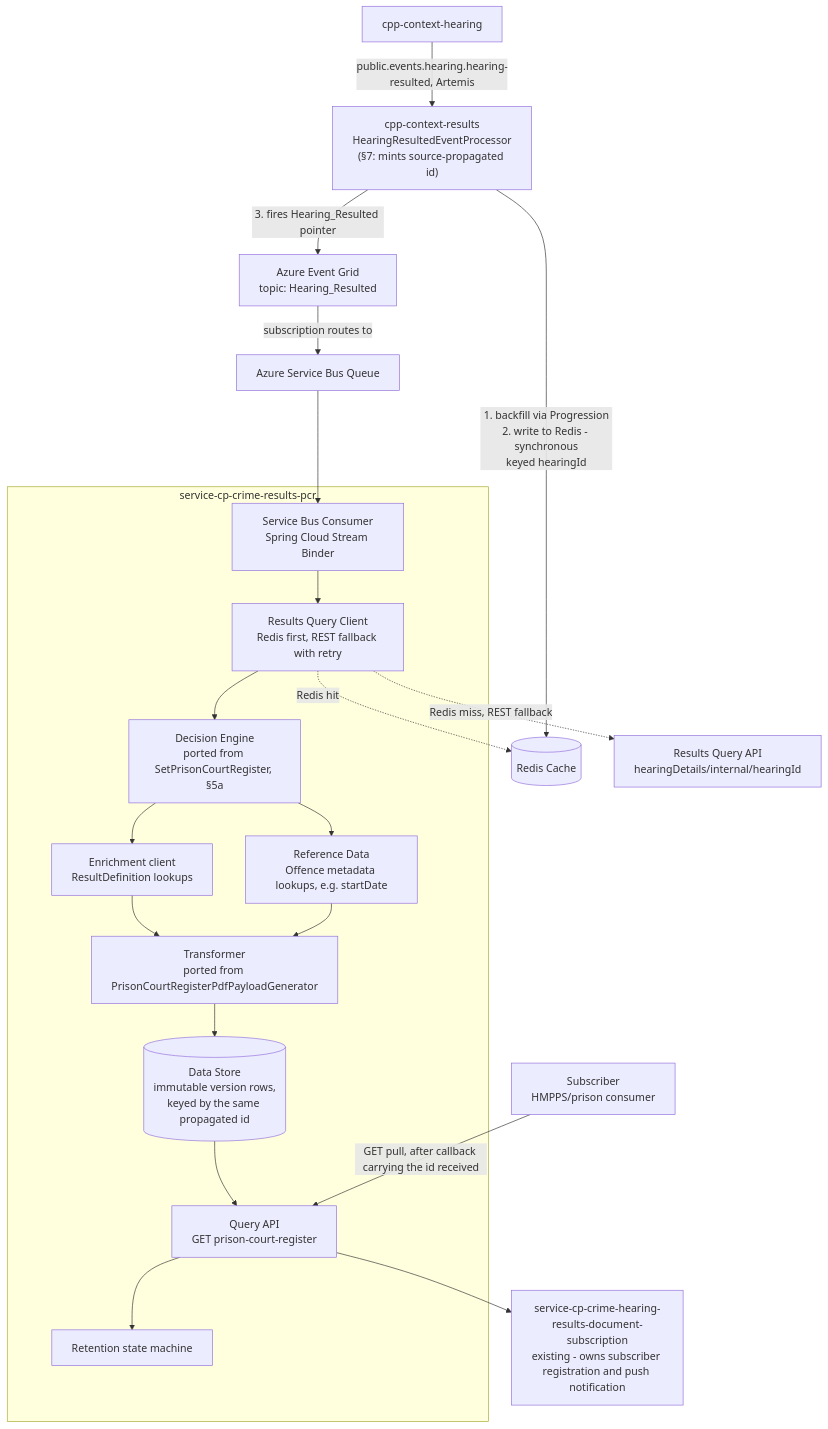
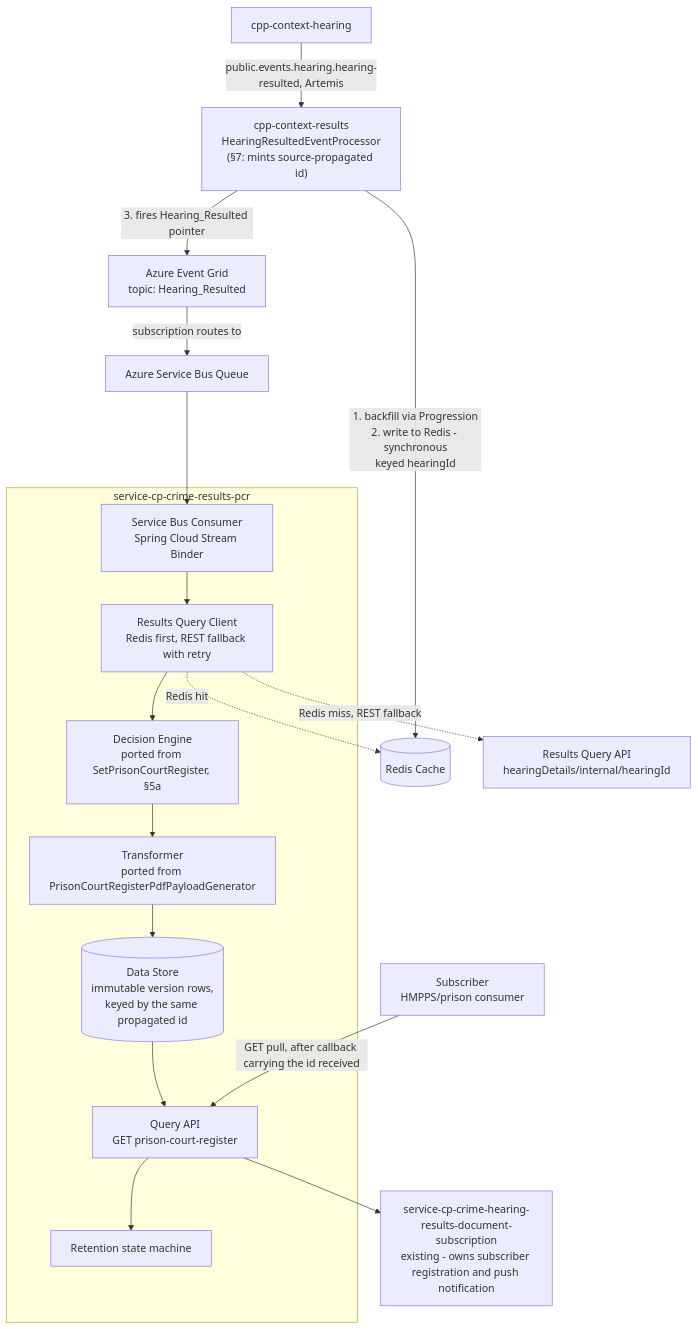
Before and after one commit to hmcts/service-cp-crime-results-pcr: the first of 3 diagrams in docs/2026-07-16-pcr-api-marketplace-design-v2.md, drawn with Mermaid. The commit also changed other lines of this file and 7 other files, not shown here.

````diff
--- a/docs/2026-07-16-pcr-api-marketplace-design-v2.md
+++ b/docs/2026-07-16-pcr-api-marketplace-design-v2.md
@@ -31,27 +31,24 @@
 ```mermaid
 flowchart TB
     Hearing["cpp-context-hearing"] -->|"public.events.hearing.hearing-resulted, Artemis"| Results["cpp-context-results<br/>HearingResultedEventProcessor<br/>(§7: mints source-propagated id)"]
     Results -->|"1. backfill via Progression<br/>2. write to Redis - synchronous<br/>keyed hearingId"| Redis[("Redis Cache")]
     Results -->|"3. fires Hearing_Resulted pointer"| Grid["Azure Event Grid<br/>topic: Hearing_Resulted"]
     Grid -->|"subscription routes to"| Bus["Azure Service Bus Queue"]
     Bus --> Consumer
 
     subgraph PCR["service-cp-crime-results-pcr"]
         Consumer["Service Bus Consumer<br/>Spring Cloud Stream Binder"] --> Query["Results Query Client<br/>Redis first, REST fallback with retry"]
         Query --> Decision["Decision Engine<br/>ported from SetPrisonCourtRegister, §5a"]
-        Decision --> Enrich["Enrichment client<br/>ResultDefinition lookups"]
-        Decision --> OffenceMeta["Reference Data<br/>Offence metadata lookups, e.g. startDate"]
-        Enrich --> Transform["Transformer<br/>ported from PrisonCourtRegisterPdfPayloadGenerator"]
-        OffenceMeta --> Transform
+        Decision --> Transform["Transformer<br/>ported from PrisonCourtRegisterPdfPayloadGenerator"]
         Transform --> Store[("Data Store<br/>immutable version rows,<br/>keyed by the same propagated id")]
         Store --> API["Query API<br/>GET prison-court-register"]
         API --> Retention["Retention state machine"]
     end
 
     Query -.->|"Redis hit"| Redis
     Query -.->|"Redis miss, REST fallback"| ResultsAPI["Results Query API<br/>hearingDetails/internal/hearingId"]
 
     API --> Subscription["service-cp-crime-hearing-results-document-subscription<br/>existing - owns subscriber registration and push notification"]
 
     Subscriber["Subscriber<br/>HMPPS/prison consumer"] -->|"GET pull, after callback carrying the id received"| API
 ```
````
